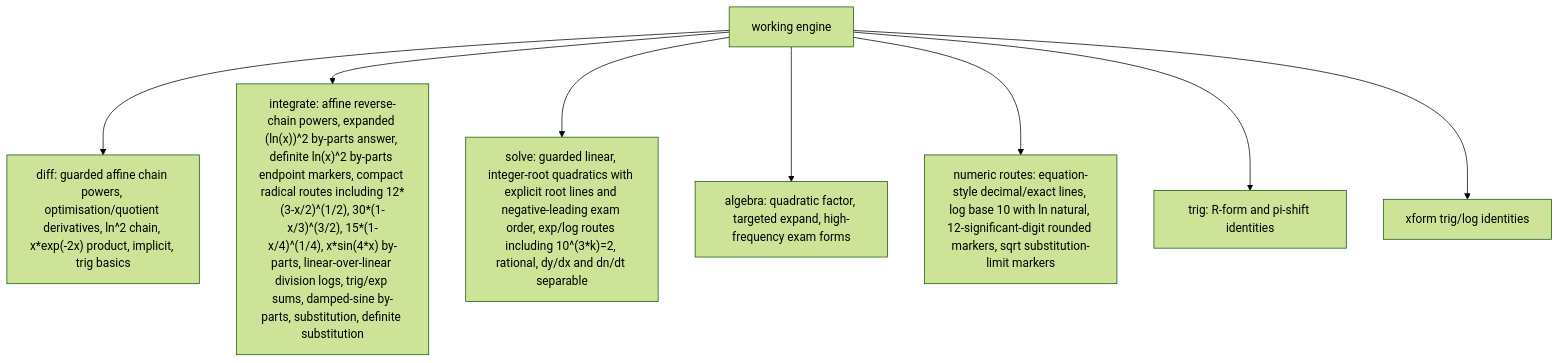
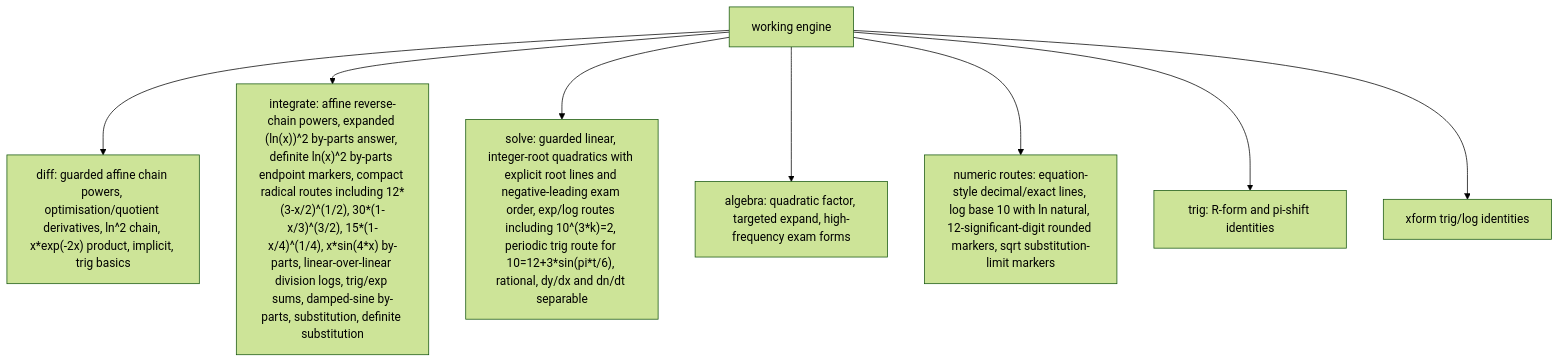
One commit to james8464/notes-addin-casio-fx-cg50 changed the third of 6 diagrams in docs/GRAPH.md. Above: the diagram before and after it, drawn with Mermaid (forest theme). The commit also changed other lines of this file and 3 other files, not shown here.

Commit message:
improve periodic trig solve working

````diff
--- a/docs/GRAPH.md
+++ b/docs/GRAPH.md
@@ -36,10 +36,10 @@
 ```mermaid
 graph TD
   Work["working engine"] --> Diff["diff: guarded affine chain powers, optimisation/quotient derivatives, ln^2 chain, x*exp(-2x) product, implicit, trig basics"]
   Work --> Int["integrate: affine reverse-chain powers, expanded (ln(x))^2 by-parts answer, definite ln(x)^2 by-parts endpoint markers, compact radical routes including 12*(3-x/2)^(1/2), 30*(1-x/3)^(3/2), 15*(1-x/4)^(1/4), x*sin(4*x) by-parts, linear-over-linear division logs, trig/exp sums, damped-sine by-parts, substitution, definite substitution"]
-  Work --> Solve["solve: guarded linear, integer-root quadratics with explicit root lines and negative-leading exam order, exp/log routes including 10^(3*k)=2, rational, dy/dx and dn/dt separable"]
+  Work --> Solve["solve: guarded linear, integer-root quadratics with explicit root lines and negative-leading exam order, exp/log routes including 10^(3*k)=2, periodic trig route for 10=12+3*sin(pi*t/6), rational, dy/dx and dn/dt separable"]
   Work --> Alg["algebra: quadratic factor, targeted expand, high-frequency exam forms"]
   Work --> Num["numeric routes: equation-style decimal/exact lines, log base 10 with ln natural, 12-significant-digit rounded markers, sqrt substitution-limit markers"]
   Work --> Trig["trig: R-form and pi-shift identities"]
   Work --> Xform["xform trig/log identities"]
 ```
````
